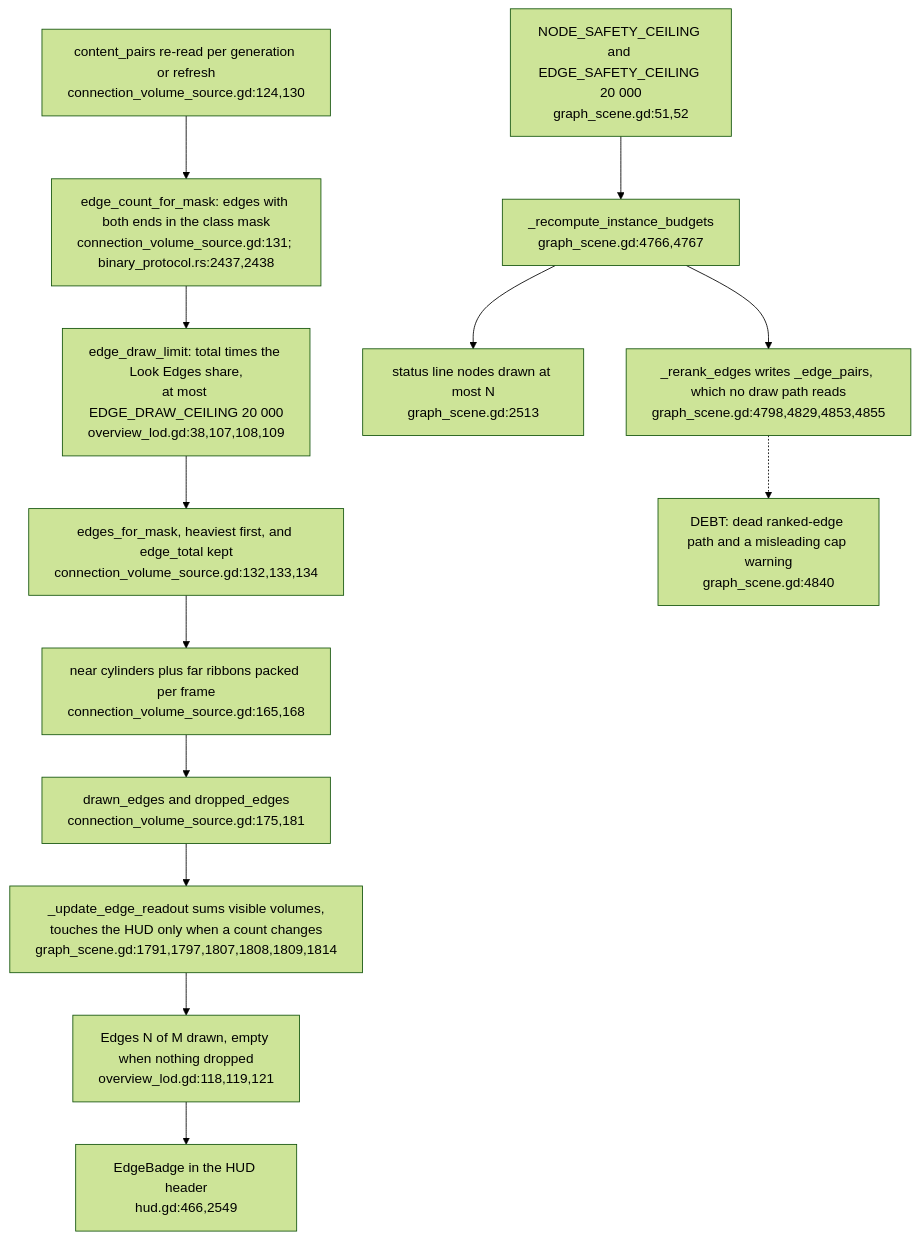
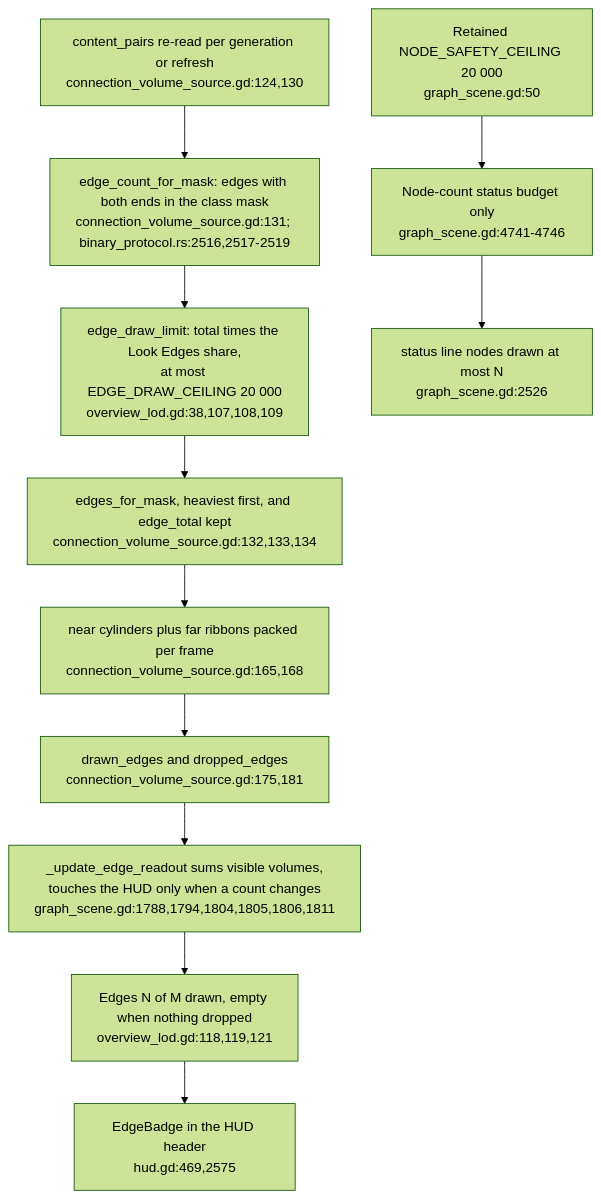
The seventh of 8 diagrams in docs/diagrams/visionclaw/51-xr-visual-budget-and-engine-gates.md (DreamLab-AI/VisionFlow), drawn with Mermaid (forest theme) before and after one commit. The commit also changed other lines of this file and 24 other files, not shown here.

Commit message:
docs: align XR liveness, filtering and rendering diagrams (#33)

````diff
--- a/docs/diagrams/visionclaw/51-xr-visual-budget-and-engine-gates.md
+++ b/docs/diagrams/visionclaw/51-xr-visual-budget-and-engine-gates.md
@@ -146,15 +146,13 @@
 ```mermaid
 flowchart TD
-    PAIRS["content_pairs re-read per generation or refresh<br/>connection_volume_source.gd:124,130"] --> COUNT["edge_count_for_mask: edges with both ends in the class mask<br/>connection_volume_source.gd:131; binary_protocol.rs:2437,2438"]
+    PAIRS["content_pairs re-read per generation or refresh<br/>connection_volume_source.gd:124,130"] --> COUNT["edge_count_for_mask: edges with both ends in the class mask<br/>connection_volume_source.gd:131; binary_protocol.rs:2516,2517-2519"]
     COUNT --> LIMIT["edge_draw_limit: total times the Look Edges share,<br/>at most EDGE_DRAW_CEILING 20 000<br/>overview_lod.gd:38,107,108,109"]
     LIMIT --> FETCH["edges_for_mask, heaviest first, and edge_total kept<br/>connection_volume_source.gd:132,133,134"]
     FETCH --> PACK["near cylinders plus far ribbons packed per frame<br/>connection_volume_source.gd:165,168"]
     PACK --> DRAWN["drawn_edges and dropped_edges<br/>connection_volume_source.gd:175,181"]
-    DRAWN --> SUM["_update_edge_readout sums visible volumes,<br/>touches the HUD only when a count changes<br/>graph_scene.gd:1791,1797,1807,1808,1809,1814"]
+    DRAWN --> SUM["_update_edge_readout sums visible volumes,<br/>touches the HUD only when a count changes<br/>graph_scene.gd:1788,1794,1804,1805,1806,1811"]
     SUM --> TXT["Edges N of M drawn, empty when nothing dropped<br/>overview_lod.gd:118,119,121"]
-    TXT --> BADGE["EdgeBadge in the HUD header<br/>hud.gd:466,2549"]
-    OLD["NODE_SAFETY_CEILING and EDGE_SAFETY_CEILING 20 000<br/>graph_scene.gd:51,52"] --> BUD["_recompute_instance_budgets<br/>graph_scene.gd:4766,4767"]
-    BUD --> STATUS["status line nodes drawn at most N<br/>graph_scene.gd:2513"]
-    BUD --> RANK["_rerank_edges writes _edge_pairs, which no draw path reads<br/>graph_scene.gd:4798,4829,4853,4855"]
-    RANK -.-> D1["DEBT: dead ranked-edge path and a misleading cap warning<br/>graph_scene.gd:4840"]
+    TXT --> BADGE["EdgeBadge in the HUD header<br/>hud.gd:469,2575"]
+    OLD["Retained NODE_SAFETY_CEILING 20 000<br/>graph_scene.gd:50"] --> BUD["Node-count status budget only<br/>graph_scene.gd:4741-4746"]
+    BUD --> STATUS["status line nodes drawn at most N<br/>graph_scene.gd:2526"]
 ```
````
